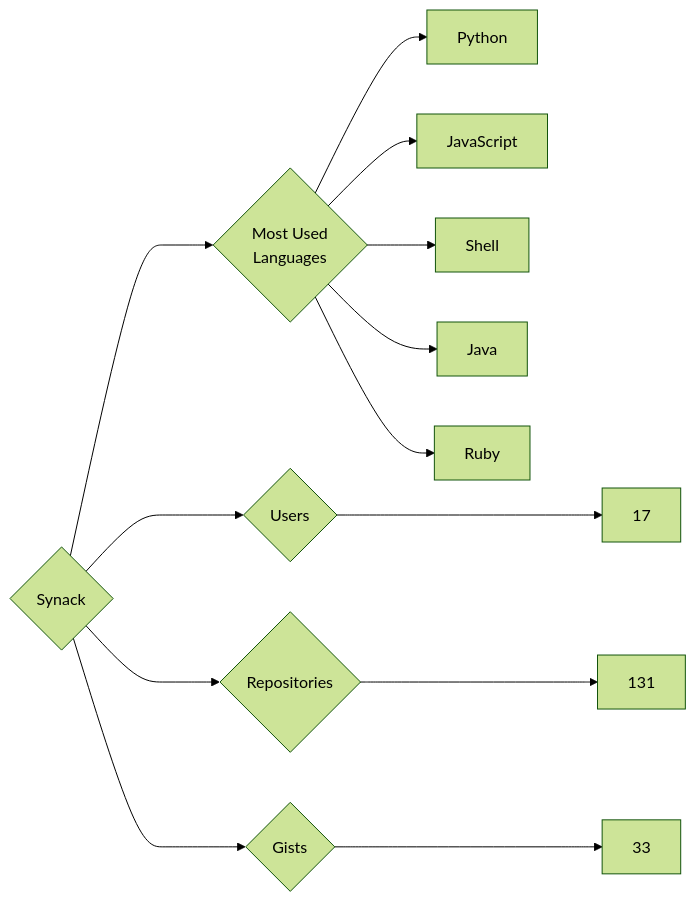
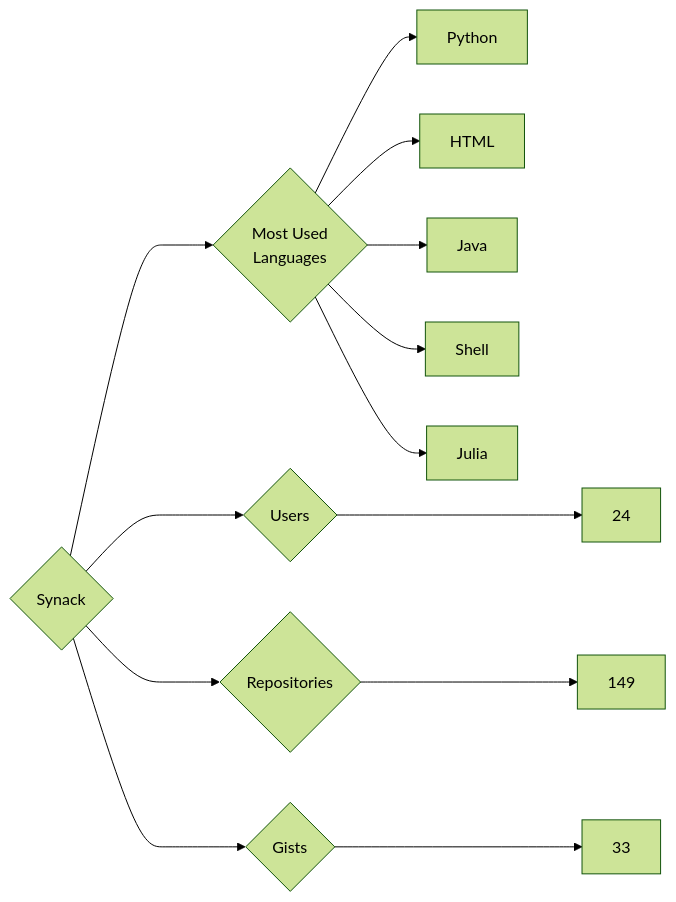
Before and after one commit to trickest/insiders: the diagram in targets/Synack/README.md, drawn with Mermaid (forest theme). The commit also changed 823 other files, not shown here.

````diff
--- a/targets/Synack/README.md
+++ b/targets/Synack/README.md
@@ -3,13 +3,13 @@
 ```mermaid
 graph LR
 COMPANY_NAME{Synack}
-COMPANY_NAME ---> U{Users} ---> UN[17]
-COMPANY_NAME ---> R{Repositories} ---> RN[131]
+COMPANY_NAME ---> U{Users} ---> UN[24]
+COMPANY_NAME ---> R{Repositories} ---> RN[149]
 COMPANY_NAME ---> G{Gists} ---> GN[33]
 COMPANY_NAME ---> ML{Most Used<br>Languages}
 ML --> Python[Python]
-ML --> JavaScript[JavaScript]
+ML --> HTML[HTML]
+ML --> Java[Java]
 ML --> Shell[Shell]
-ML --> Java[Java]
-ML --> Ruby[Ruby]
+ML --> Julia[Julia]
 ```
````
